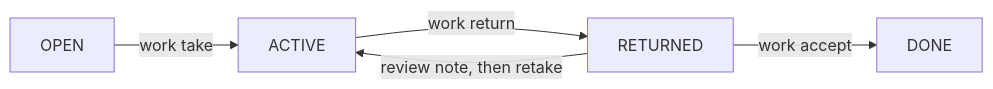
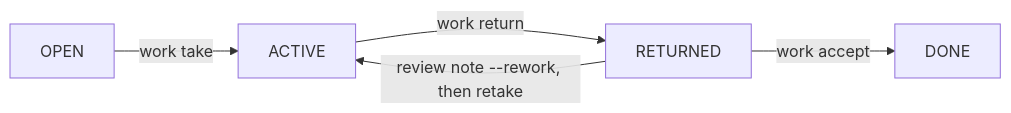
Before and after one commit to ReinaMacCredy/maestro: the second of 2 diagrams in site/src/content/docs/guides/supervised-teams.md, drawn with Mermaid. The commit also changed other lines of this file and 8 other files, not shown here.

````diff
--- a/site/src/content/docs/guides/supervised-teams.md
+++ b/site/src/content/docs/guides/supervised-teams.md
@@ -71,7 +71,7 @@
 ```mermaid
 flowchart LR
   Open["OPEN"] -->|"work take"| Active["ACTIVE"]
   Active -->|"work return"| Returned["RETURNED"]
   Returned -->|"work accept"| Done["DONE"]
-  Returned -->|"review note, then retake"| Active
+  Returned -->|"review note --rework, then retake"| Active
 ```
````
